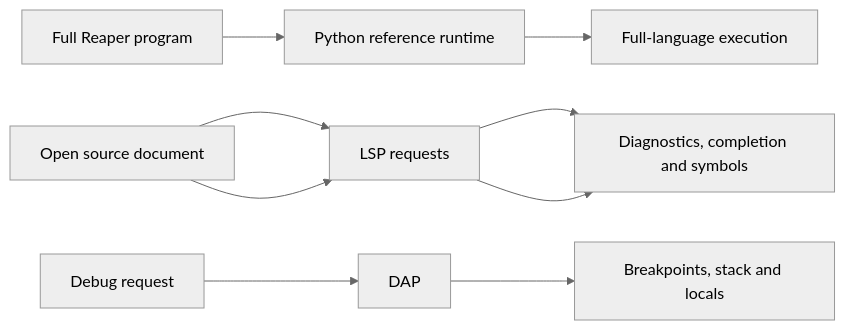
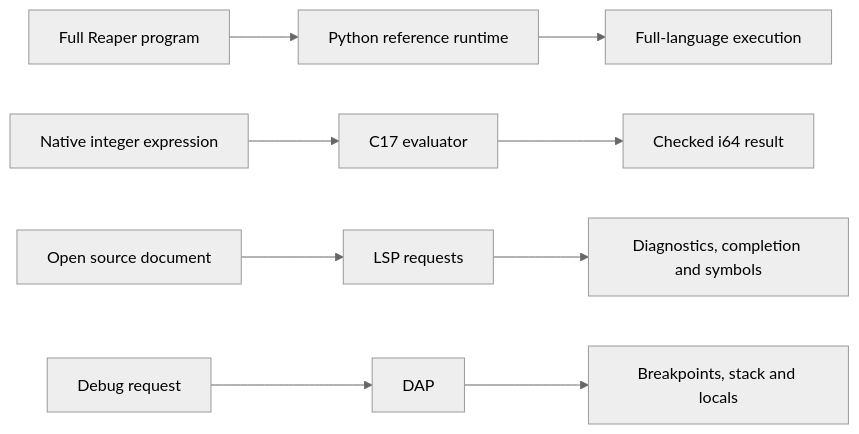
Before and after one commit to Ivan-VHS/Reaper: the second of 2 diagrams in README.md, drawn with Mermaid (neutral theme).

Commit message:
docs(readme): fix runtime and language-service flow node identities

````diff
--- a/README.md
+++ b/README.md
@@ -34,11 +34,11 @@
 ```mermaid
 flowchart LR
     A[Full Reaper program] --> B[Python reference runtime]
     B --> C[Full-language execution]
     D[Native integer expression] --> E[C17 evaluator]
     E --> F[Checked i64 result]
-    D[Open source document] --> E[LSP requests]
-    E --> F[Diagnostics, completion and symbols]
-    G[Debug request] --> H[DAP]
-    H --> I[Breakpoints, stack and locals]
+    G[Open source document] --> H[LSP requests]
+    H --> I[Diagnostics, completion and symbols]
+    J[Debug request] --> K[DAP]
+    K --> L[Breakpoints, stack and locals]
 ```
````
